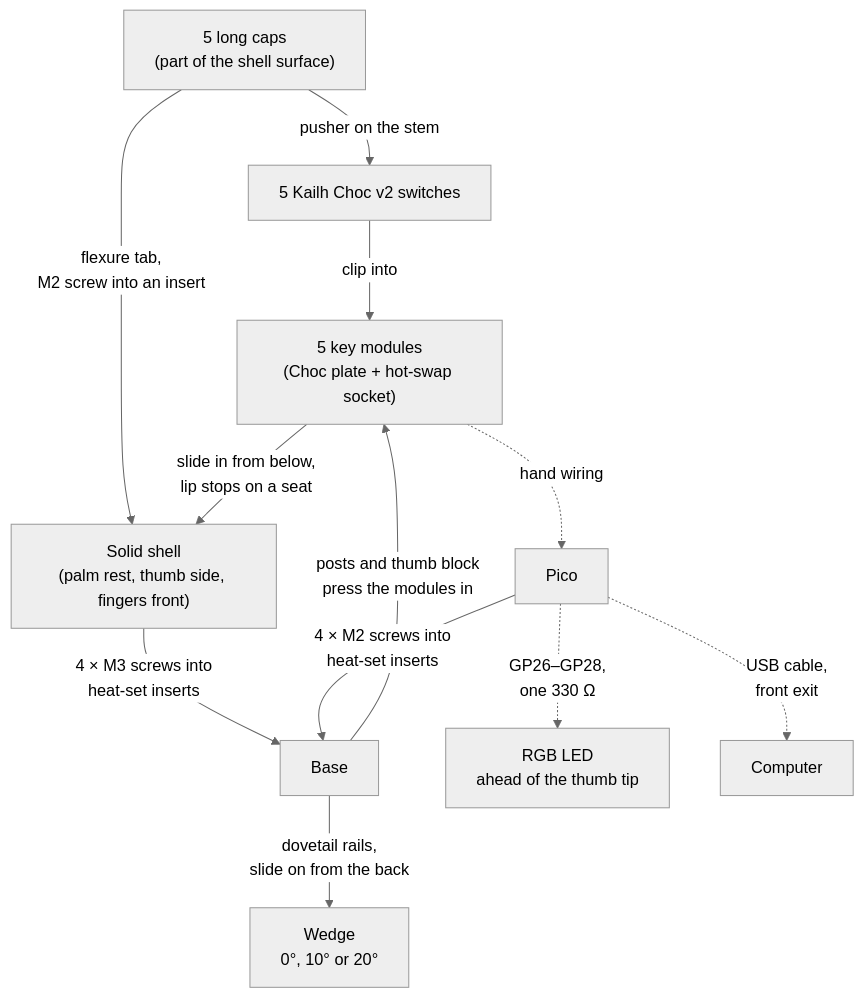
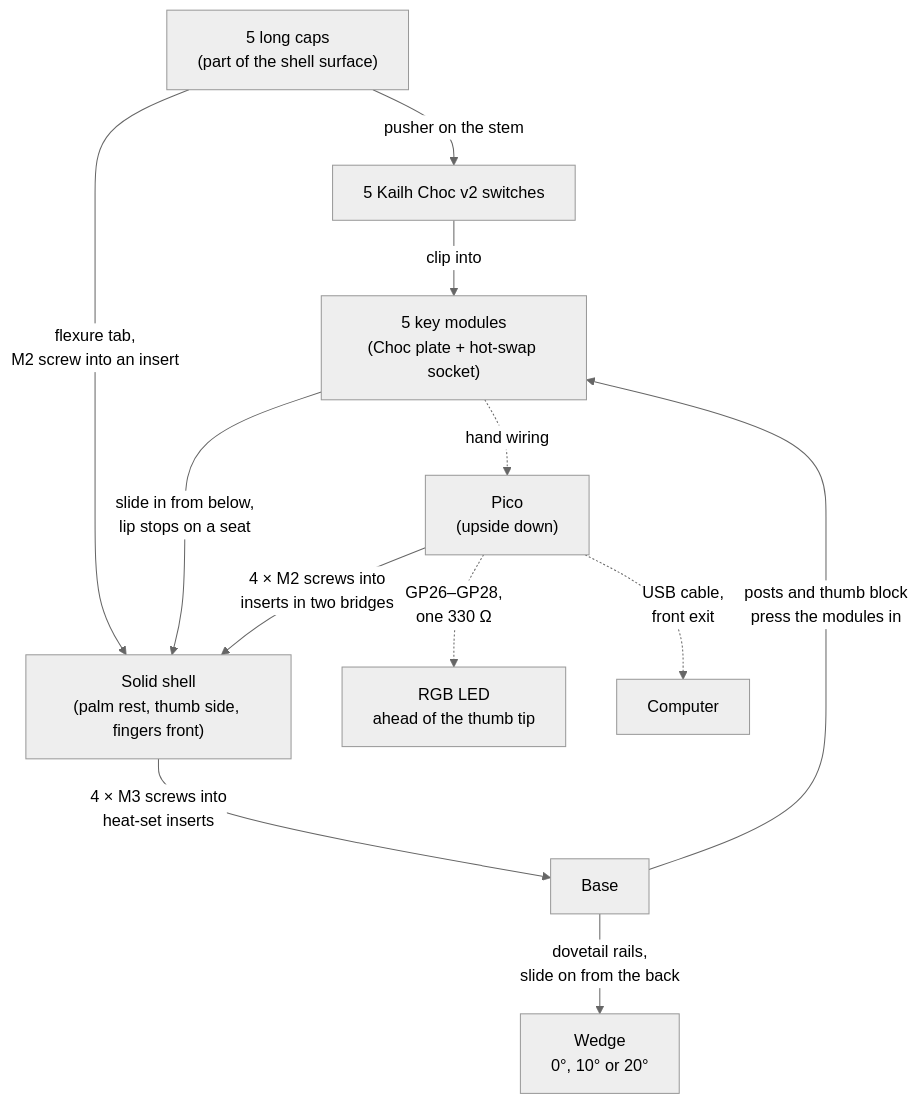
One commit to malkam03/handful changed the second of 3 diagrams in docs/architecture.md. Above: the diagram before and after it, drawn with Mermaid (neutral theme). The commit also changed other lines of this file and 17 other files, not shown here.

First line of the commit message:
Hang the Pico in the shell and fit the caps and base screws better

````diff
--- a/docs/architecture.md
+++ b/docs/architecture.md
@@ -43,14 +43,14 @@
 ```mermaid
 flowchart TB
     caps["5 long caps<br/>(part of the shell surface)"] -- "pusher on the stem" --> switches["5 Kailh Choc v2 switches"]
     caps -- "flexure tab,<br/>M2 screw into an insert" --> shell
     switches -- "clip into" --> modules["5 key modules<br/>(Choc plate + hot-swap socket)"]
     modules -- "slide in from below,<br/>lip stops on a seat" --> shell["Solid shell<br/>(palm rest, thumb side, fingers front)"]
     base["Base"] -- "posts and thumb block<br/>press the modules in" --> modules
     shell -- "4 × M3 screws into<br/>heat-set inserts" --> base
-    pico["Pico"] -- "4 × M2 screws into<br/>heat-set inserts" --> base
+    pico["Pico<br/>(upside down)"] -- "4 × M2 screws into<br/>inserts in two bridges" --> shell
     pico -. "GP26–GP28,<br/>one 330 Ω" .-> led["RGB LED<br/>ahead of the thumb tip"]
     base -- "dovetail rails,<br/>slide on from the back" --> wedge["Wedge<br/>0°, 10° or 20°"]
     modules -. "hand wiring" .-> pico
     pico -. "USB cable,<br/>front exit" .-> host["Computer"]
 ```
````
